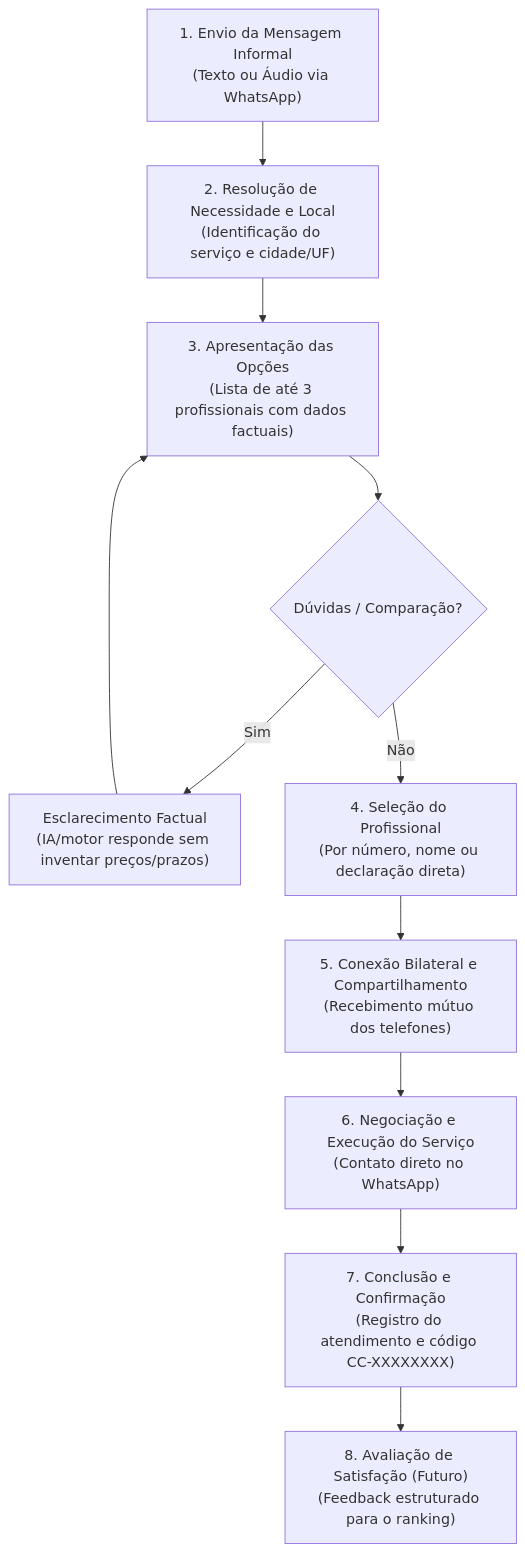
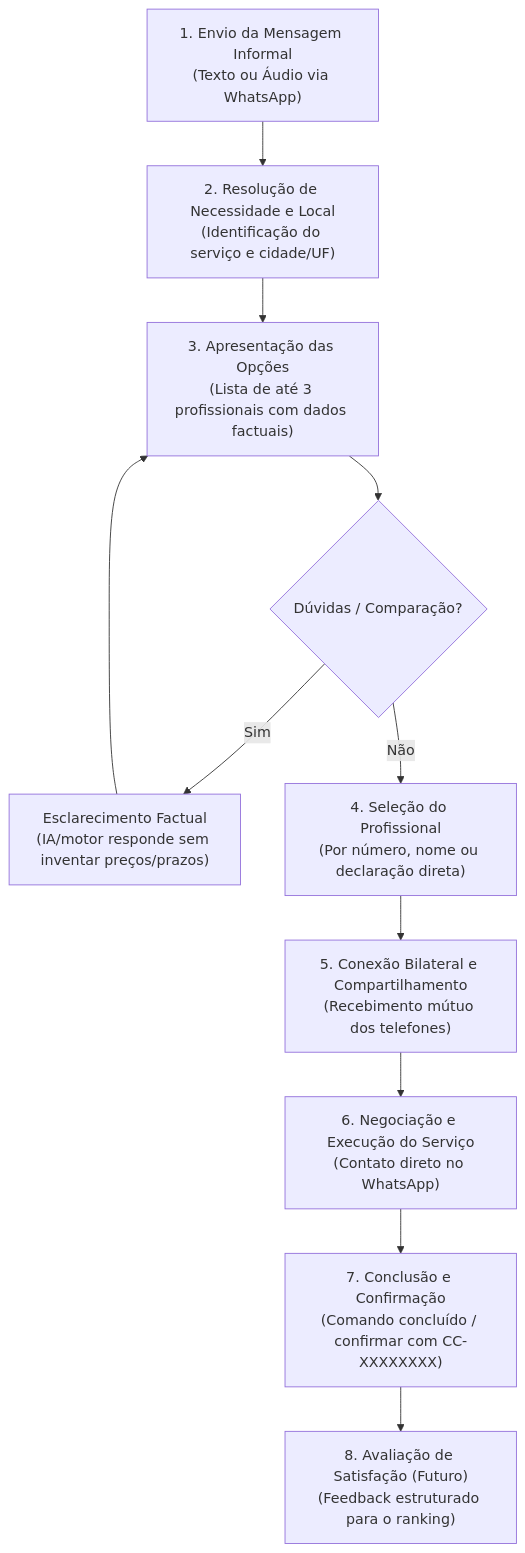
Before and after one commit to koglim/contato: the first of 2 diagrams in docs/PRODUCT_JOURNEYS.md, drawn with Mermaid. The commit also changed other lines of this file and 8 other files, not shown here.

Commit message:
docs: align canonical documentation with current implementation and schemas

````diff
--- a/docs/PRODUCT_JOURNEYS.md
+++ b/docs/PRODUCT_JOURNEYS.md
@@ -11,13 +11,13 @@
 ```mermaid
 flowchart TD
     C1["1. Envio da Mensagem Informal\n(Texto ou Áudio via WhatsApp)"] --> C2["2. Resolução de Necessidade e Local\n(Identificação do serviço e cidade/UF)"]
     C2 --> C3["3. Apresentação das Opções\n(Lista de até 3 profissionais com dados factuais)"]
     C3 --> C4{"Dúvidas / Comparação?"}
     C4 -- "Sim" --> C5["Esclarecimento Factual\n(IA/motor responde sem inventar preços/prazos)"]
     C5 --> C3
     C4 -- "Não" --> C6["4. Seleção do Profissional\n(Por número, nome ou declaração direta)"]
     C6 --> C7["5. Conexão Bilateral e Compartilhamento\n(Recebimento mútuo dos telefones)"]
     C7 --> C8["6. Negociação e Execução do Serviço\n(Contato direto no WhatsApp)"]
-    C8 --> C9["7. Conclusão e Confirmação\n(Registro do atendimento e código CC-XXXXXXXX)"]
+    C8 --> C9["7. Conclusão e Confirmação\n(Comando concluído / confirmar com CC-XXXXXXXX)"]
     C9 --> C10["8. Avaliação de Satisfação (Futuro)\n(Feedback estruturado para o ranking)"]
 ```
````
